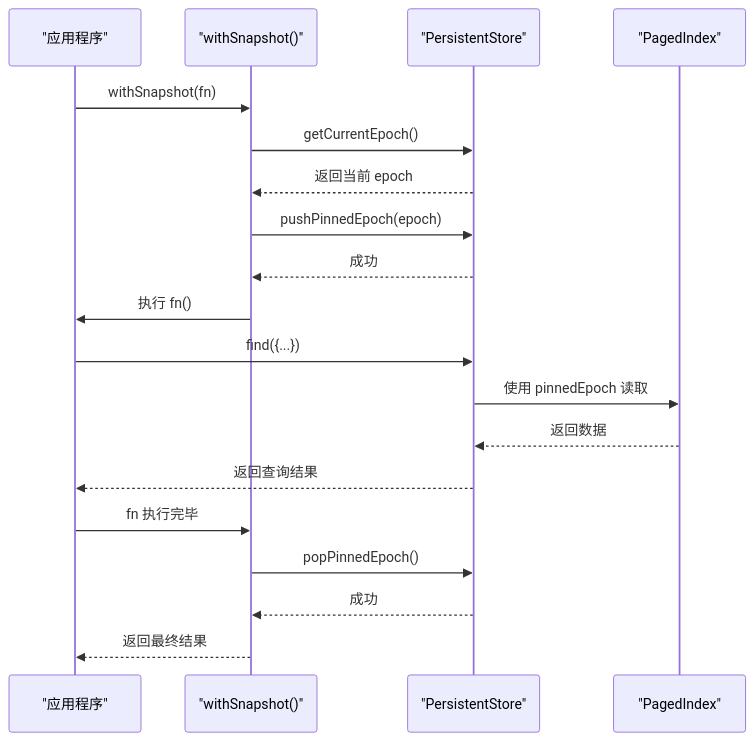
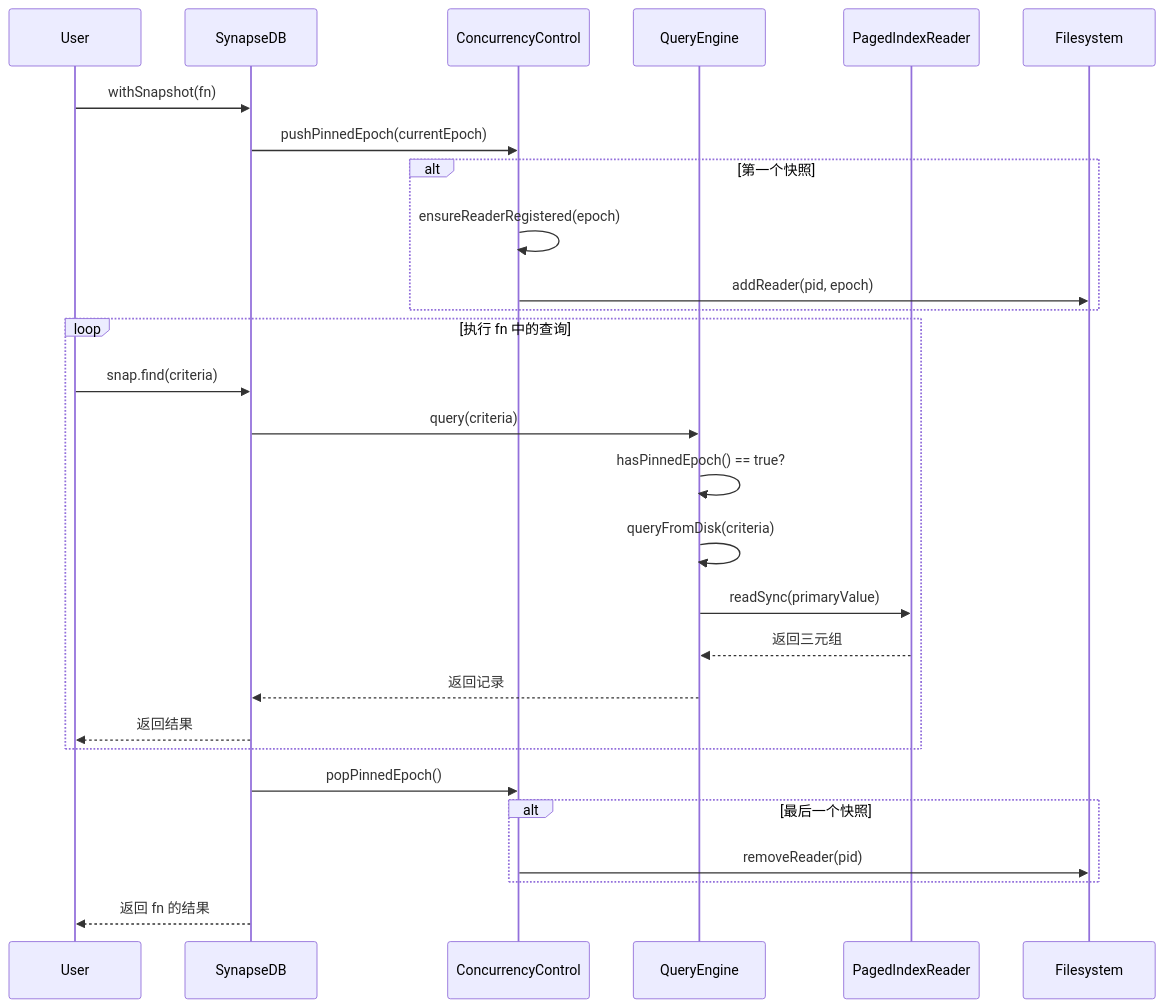
Before and after one commit to LuQing-Studio/nervusdb: the diagram in .qoder/repowiki/zh/content/事务与快照/事务与快照.md, drawn with Mermaid. The commit also changed other lines of this file and 50 other files, not shown here.

````diff
--- a/.qoder/repowiki/zh/content/事务与快照/事务与快照.md
+++ b/.qoder/repowiki/zh/content/事务与快照/事务与快照.md
@@ -105,21 +47,29 @@
 ```mermaid
 sequenceDiagram
-participant App as "应用程序"
-participant Snap as "withSnapshot()"
-participant Store as "PersistentStore"
-participant Index as "PagedIndex"
-App->>Snap : withSnapshot(fn)
-Snap->>Store : getCurrentEpoch()
-Store-->>Snap : 返回当前 epoch
-Snap->>Store : pushPinnedEpoch(epoch)
-Store-->>Snap : 成功
-Snap->>App : 执行 fn()
-App->>Store : find({...})
-Store->>Index : 使用 pinnedEpoch 读取
-Index-->>Store : 返回数据
-Store-->>App : 返回查询结果
-App->>Snap : fn 执行完毕
-Snap->>Store : popPinnedEpoch()
-Store-->>Snap : 成功
-Snap-->>App : 返回最终结果
+participant User
+participant SynapseDB
+participant ConcurrencyControl
+participant QueryEngine
+participant PagedIndexReader
+User->>SynapseDB : withSnapshot(fn)
+SynapseDB->>ConcurrencyControl : pushPinnedEpoch(currentEpoch)
+alt 第一个快照
+ConcurrencyControl->>ConcurrencyControl : ensureReaderRegistered(epoch)
+ConcurrencyControl->>Filesystem : addReader(pid, epoch)
+end
+loop 执行 fn 中的查询
+User->>SynapseDB : snap.find(criteria)
+SynapseDB->>QueryEngine : query(criteria)
+QueryEngine->>QueryEngine : hasPinnedEpoch() == true?
+QueryEngine->>QueryEngine : queryFromDisk(criteria)
+QueryEngine->>PagedIndexReader : readSync(primaryValue)
+PagedIndexReader-->>QueryEngine : 返回三元组
+QueryEngine-->>SynapseDB : 返回记录
+SynapseDB-->>User : 返回结果
+end
+SynapseDB->>ConcurrencyControl : popPinnedEpoch()
+alt 最后一个快照
+ConcurrencyControl->>Filesystem : removeReader(pid)
+end
+SynapseDB-->>User : 返回 fn 的结果
 ```
````
